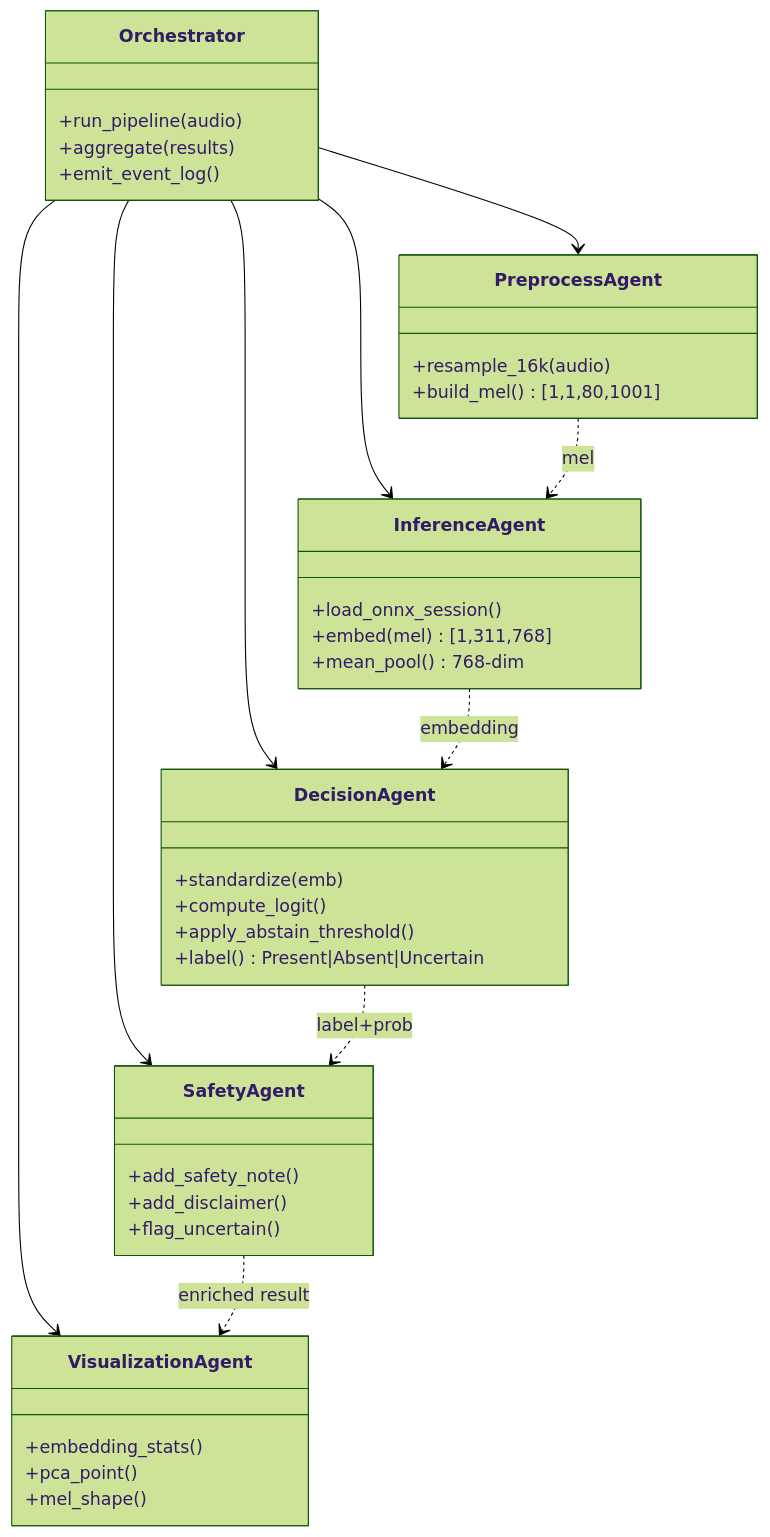
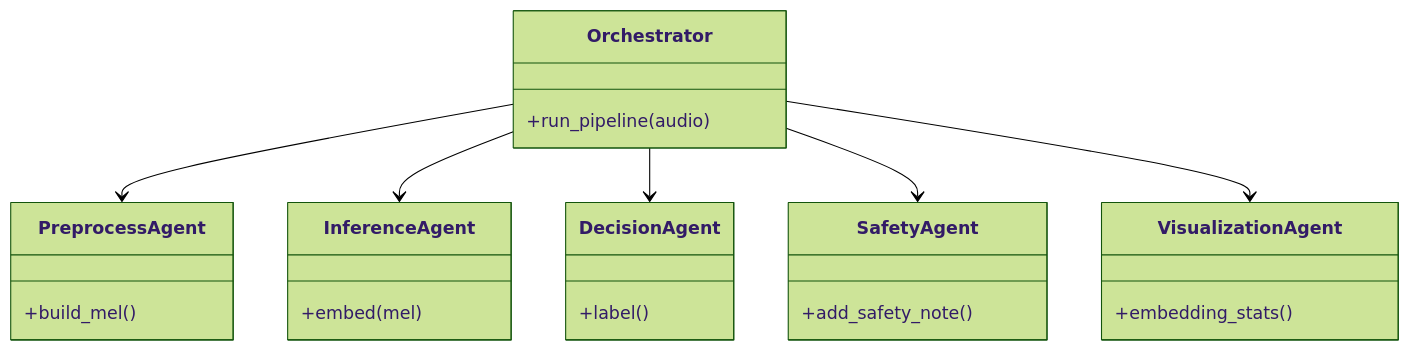
Before and after one commit to ahsanmandhar-ui/heart-murmur-pwa: the fourth of 4 diagrams in README.md, drawn with Mermaid (forest theme). The commit also changed other lines of this file, not shown here.

Commit message:
Update README: AST model, mermaid diagrams, contact

````diff
--- a/README.md
+++ b/README.md
@@ -134,44 +71,14 @@
 ```mermaid
 classDiagram
-    class Orchestrator {
-        +run_pipeline(audio)
-        +aggregate(results)
-        +emit_event_log()
-    }
-    class PreprocessAgent {
-        +resample_16k(audio)
-        +build_mel() [1,1,80,1001]
-    }
-    class InferenceAgent {
-        +load_onnx_session()
-        +embed(mel) [1,311,768]
-        +mean_pool() 768-dim
-    }
-    class DecisionAgent {
-        +standardize(emb)
-        +compute_logit()
-        +apply_abstain_threshold()
-        +label() Present|Absent|Uncertain
-    }
-    class SafetyAgent {
-        +add_safety_note()
-        +add_disclaimer()
-        +flag_uncertain()
-    }
-    class VisualizationAgent {
-        +embedding_stats()
-        +pca_point()
-        +mel_shape()
-    }
-
+    class Orchestrator { +run_pipeline(audio) }
+    class PreprocessAgent { +build_mel() }
+    class InferenceAgent { +embed(mel) }
+    class DecisionAgent { +label() }
+    class SafetyAgent { +add_safety_note() }
+    class VisualizationAgent { +embedding_stats() }
     Orchestrator --> PreprocessAgent
     Orchestrator --> InferenceAgent
     Orchestrator --> DecisionAgent
     Orchestrator --> SafetyAgent
     Orchestrator --> VisualizationAgent
-
-    PreprocessAgent ..> InferenceAgent : mel
-    InferenceAgent ..> DecisionAgent : embedding
-    DecisionAgent ..> SafetyAgent : label+prob
-    SafetyAgent ..> VisualizationAgent : enriched result
 ```
````
